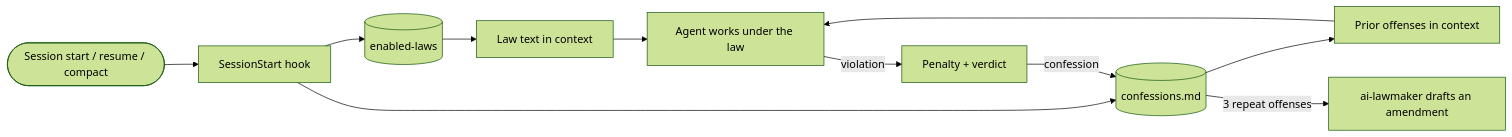
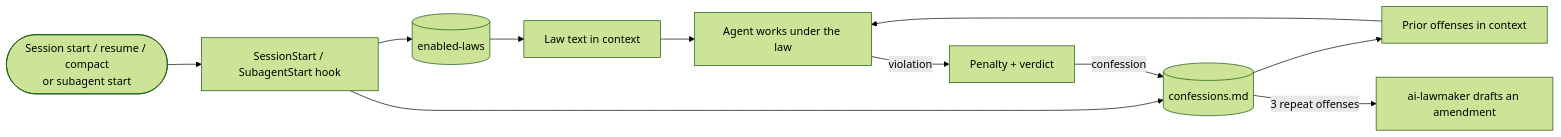
Before and after one commit to jinyeong03/ai-lawbook: the diagram in README.md, drawn with Mermaid (forest theme). The commit also changed other lines of this file and 10 other files, not shown here.

First line of the commit message:
Inject laws and the Confession Ledger into subagents (SubagentStart hook)

````diff
--- a/README.md
+++ b/README.md
@@ -148,13 +152,13 @@
 ```mermaid
 flowchart LR
-  S([Session start / resume / compact]) --> H[SessionStart hook]
+  S([Session start / resume / compact<br/>or subagent start]) --> H[SessionStart / SubagentStart hook]
   H --> R[(enabled-laws)]
   H --> L[(confessions.md)]
   R --> C[Law text in context]
   L --> P[Prior offenses in context]
   C --> W[Agent works under the law]
   P --> W
   W -- violation --> J[Penalty + verdict]
   J -- confession --> L
   L -- 3 repeat offenses --> M[ai-lawmaker drafts an amendment]
 ```
````
